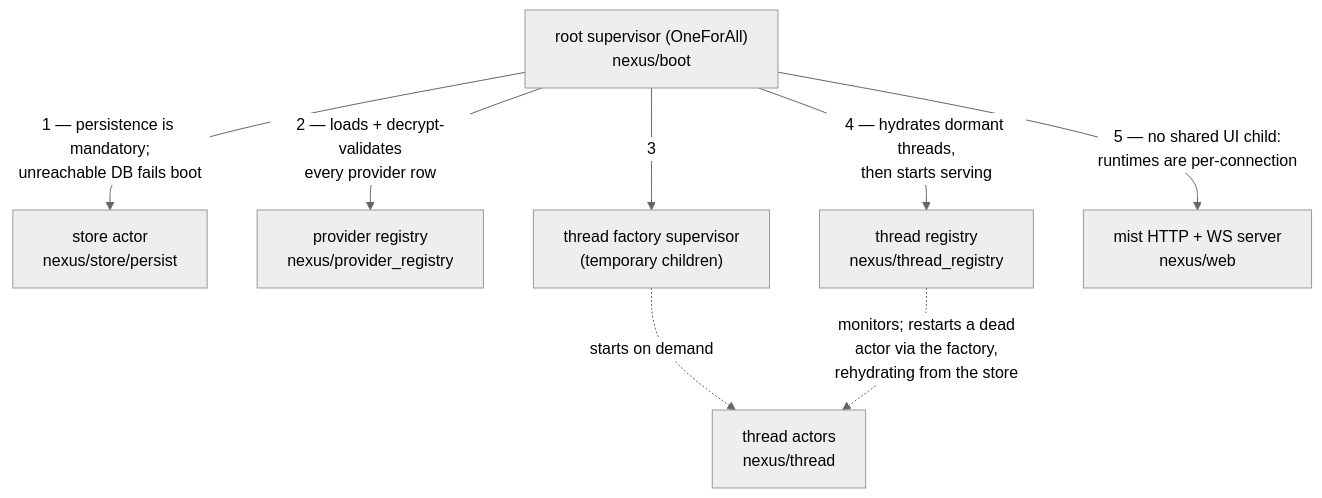
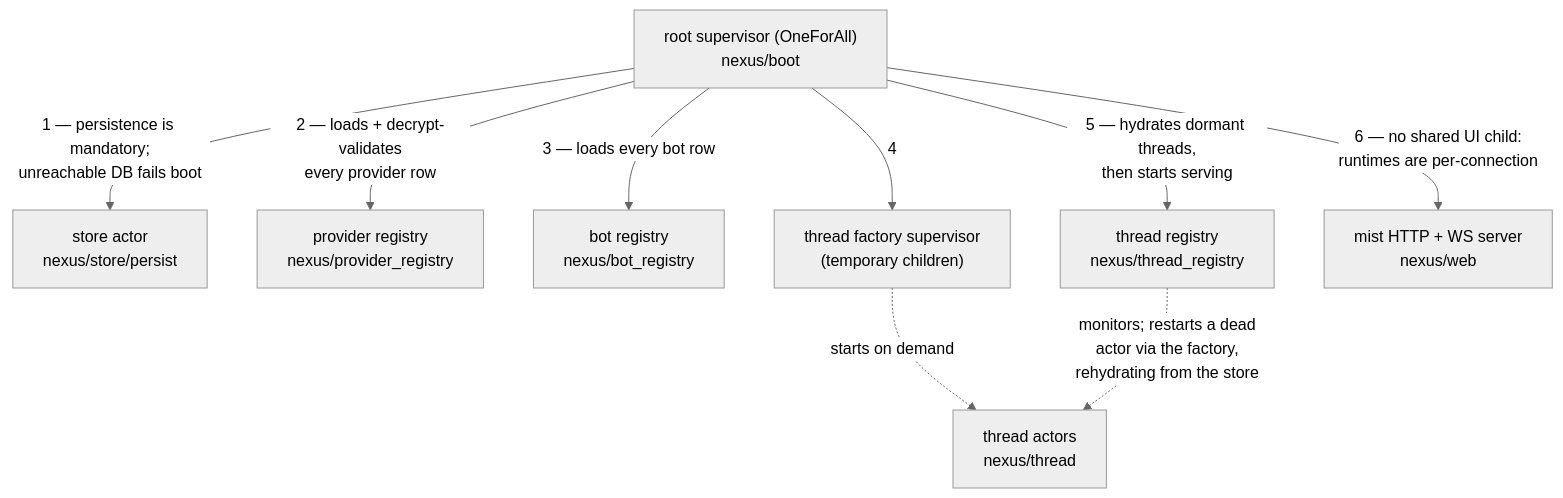
One commit to jhillyerd/nexus changed the second of 4 diagrams in ARCHITECTURE.md. Above: the diagram before and after it, drawn with Mermaid (neutral theme). The commit also changed other lines of this file and 41 other files, not shown here.

First line of the commit message:
feat: bot entity + create-thread-from-bot (bots plan P1) (#87)

````diff
--- a/ARCHITECTURE.md
+++ b/ARCHITECTURE.md
@@ -66,11 +69,12 @@
 ```mermaid
 flowchart TB
     ROOT["root supervisor (OneForAll)<br/>nexus/boot"]
     ROOT -->|"1 — persistence is mandatory;<br/>unreachable DB fails boot"| STORE["store actor<br/>nexus/store/persist"]
     ROOT -->|"2 — loads + decrypt-validates<br/>every provider row"| PROV["provider registry<br/>nexus/provider_registry"]
-    ROOT -->|"3"| FACT["thread factory supervisor<br/>(temporary children)"]
-    ROOT -->|"4 — hydrates dormant threads,<br/>then starts serving"| REG["thread registry<br/>nexus/thread_registry"]
-    ROOT -->|"5 — no shared UI child:<br/>runtimes are per-connection"| MIST["mist HTTP + WS server<br/>nexus/web"]
+    ROOT -->|"3 — loads every bot row"| BOT["bot registry<br/>nexus/bot_registry"]
+    ROOT -->|"4"| FACT["thread factory supervisor<br/>(temporary children)"]
+    ROOT -->|"5 — hydrates dormant threads,<br/>then starts serving"| REG["thread registry<br/>nexus/thread_registry"]
+    ROOT -->|"6 — no shared UI child:<br/>runtimes are per-connection"| MIST["mist HTTP + WS server<br/>nexus/web"]
     FACT -.->|"starts on demand"| SA["thread actors<br/>nexus/thread"]
     REG -.->|"monitors; restarts a dead<br/>actor via the factory,<br/>rehydrating from the store"| SA
 ```
````
